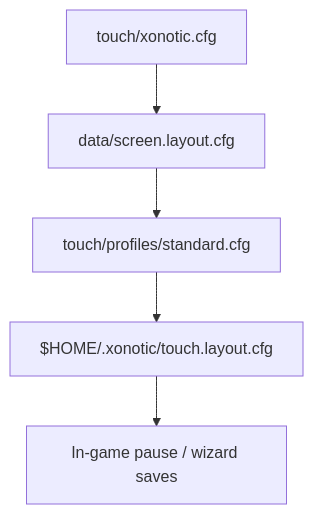
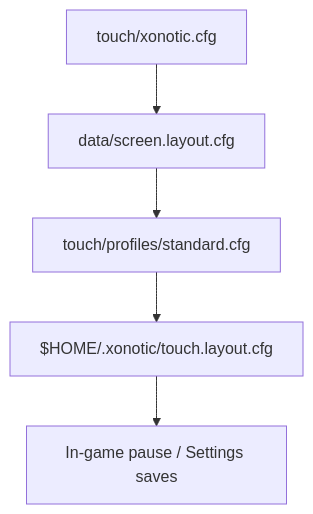
The first of 2 diagrams in docs/CONTROLS.md (dixonSolutions/Xonotic-Touch), drawn with Mermaid before and after one commit. The commit also changed other lines of this file and 11 other files, not shown here.

````diff
--- a/docs/CONTROLS.md
+++ b/docs/CONTROLS.md
@@ -184,7 +184,7 @@
 ```mermaid
 flowchart TB
   A[touch/xonotic.cfg] --> B[data/screen.layout.cfg]
   B --> C[touch/profiles/standard.cfg]
   C --> D["$HOME/.xonotic/touch.layout.cfg"]
-  D --> E[In-game pause / wizard saves]
+  D --> E[In-game pause / Settings saves]
 ```
````
